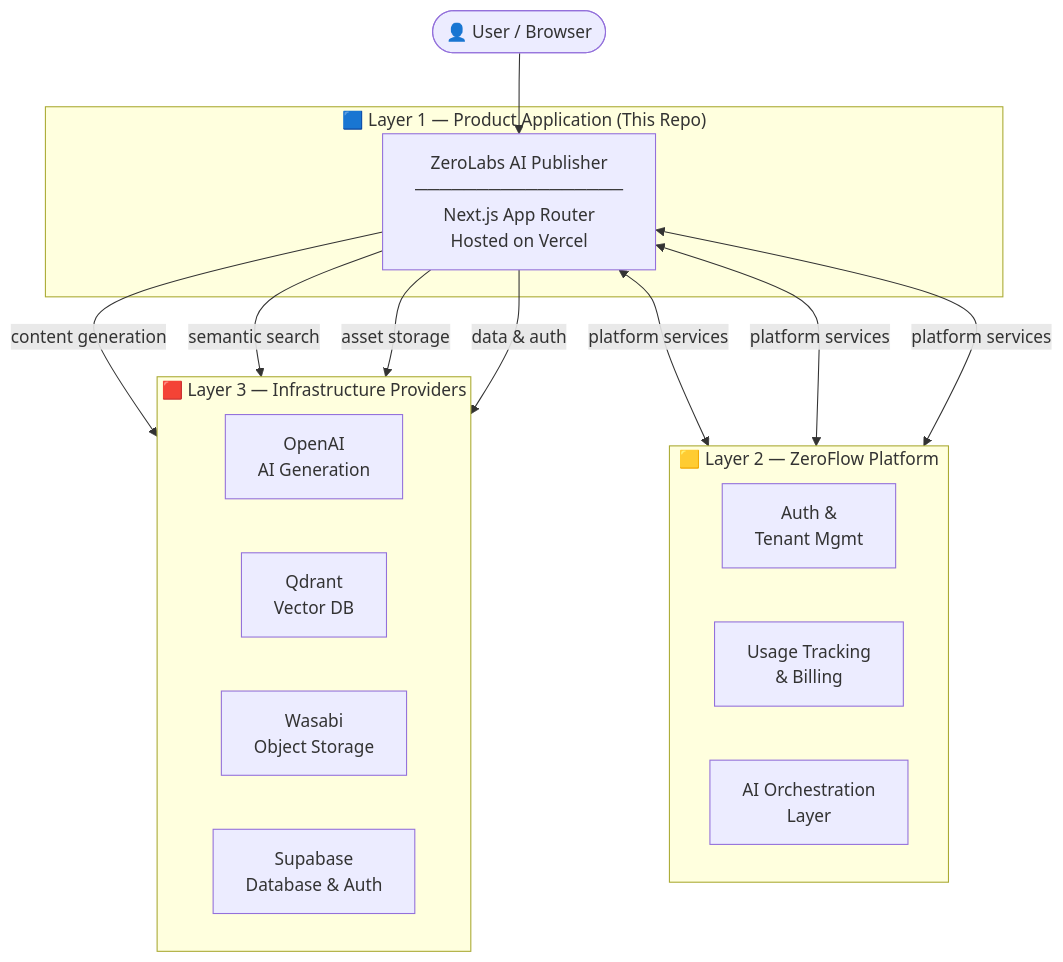
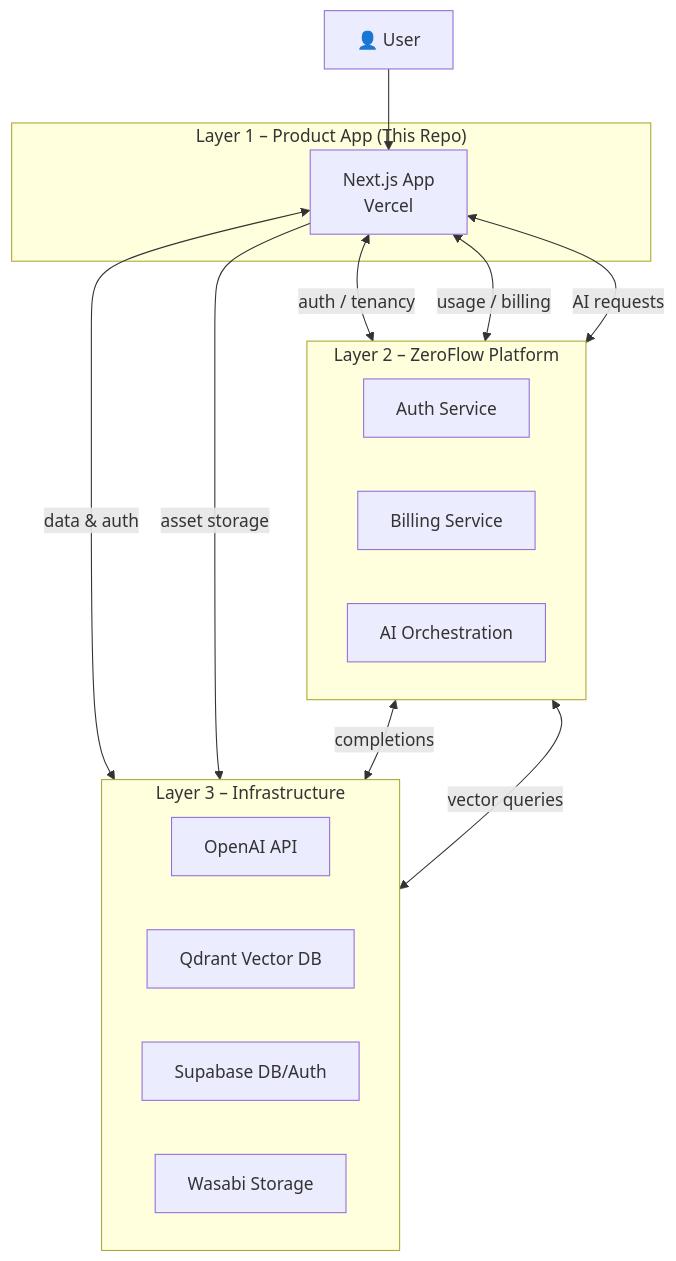
Before and after one commit to zerolabsdotaipublisher-ai/zerolabs-ai-publisher: the diagram in README.md, drawn with Mermaid. The commit also changed other lines of this file, not shown here.

Commit message:
docs: upgrade Mermaid diagram, add Scope section, and add env warning to README
Agent-Logs-Url: https://github.com/zerolabsdotaipublisher-ai/zerolabs-ai-publisher/sessions/da67832a-307b-43a7-8212-d44339e95a32

````diff
--- a/README.md
+++ b/README.md
@@ -108,32 +109,32 @@
 ```mermaid
 flowchart TD
-    User(["👤 User / Browser"])
+    User["👤 User"]
 
-    subgraph L1["🟦 Layer 1 — Product Application (This Repo)"]
-        App["ZeroLabs AI Publisher\n─────────────────\nNext.js App Router\nHosted on Vercel"]
+    subgraph L1["Layer 1 – Product App (This Repo)"]
+        App["Next.js App\nVercel"]
     end
 
-    subgraph L2["🟨 Layer 2 — ZeroFlow Platform"]
+    subgraph L2["Layer 2 – ZeroFlow Platform"]
         direction LR
-        AuthSvc["Auth &\nTenant Mgmt"]
-        BillingSvc["Usage Tracking\n& Billing"]
-        OrchestrSvc["AI Orchestration\nLayer"]
+        Auth["Auth Service"]
+        Billing["Billing Service"]
+        AI["AI Orchestration"]
     end
 
-    subgraph L3["🟥 Layer 3 — Infrastructure Providers"]
+    subgraph L3["Layer 3 – Infrastructure"]
         direction LR
-        OpenAI["OpenAI\nAI Generation"]
-        Qdrant["Qdrant\nVector DB"]
-        Wasabi["Wasabi\nObject Storage"]
-        Supabase["Supabase\nDatabase & Auth"]
+        OpenAI["OpenAI API"]
+        Qdrant["Qdrant Vector DB"]
+        Supabase["Supabase DB/Auth"]
+        Storage["Wasabi Storage"]
     end
 
     User --> App
-    App <-->|"platform services"| AuthSvc
-    App <-->|"platform services"| BillingSvc
-    App <-->|"platform services"| OrchestrSvc
-    App -->|"content generation"| OpenAI
-    App -->|"semantic search"| Qdrant
-    App -->|"asset storage"| Wasabi
-    App -->|"data & auth"| Supabase
+    App <-->|"auth / tenancy"| Auth
+    App <-->|"usage / billing"| Billing
+    App <-->|"AI requests"| AI
+    AI <-->|"completions"| OpenAI
+    AI <-->|"vector queries"| Qdrant
+    App <-->|"data & auth"| Supabase
+    App -->|"asset storage"| Storage
 ```
````
